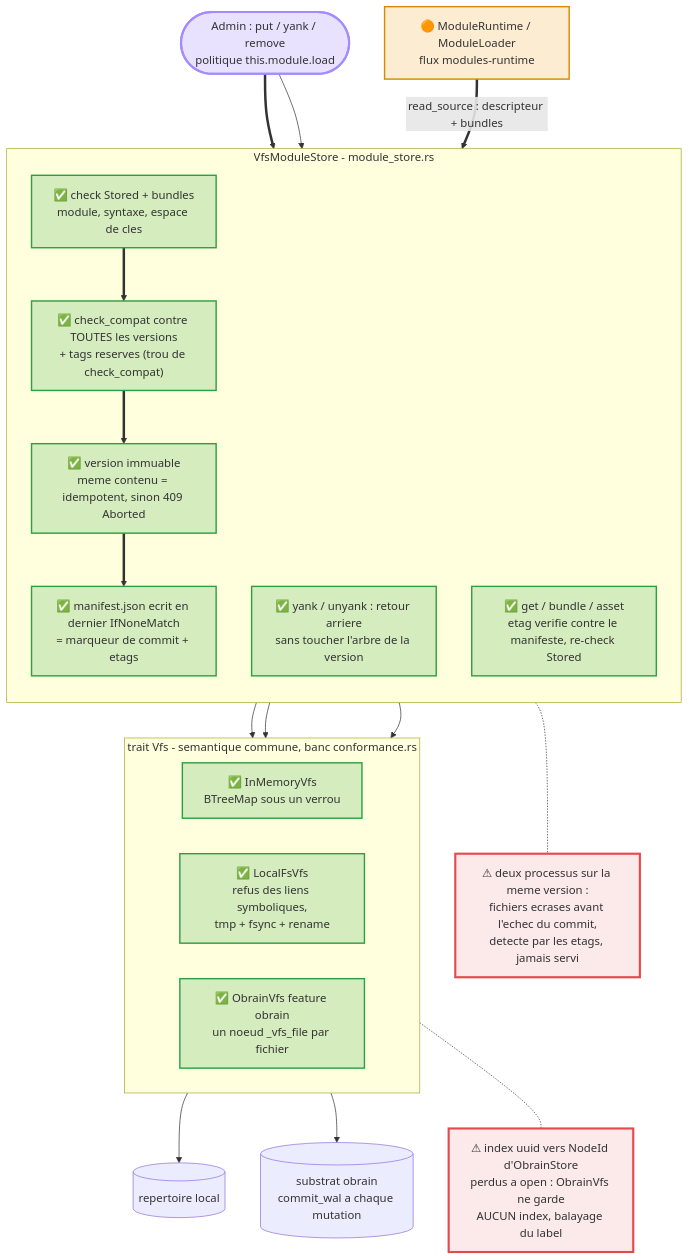
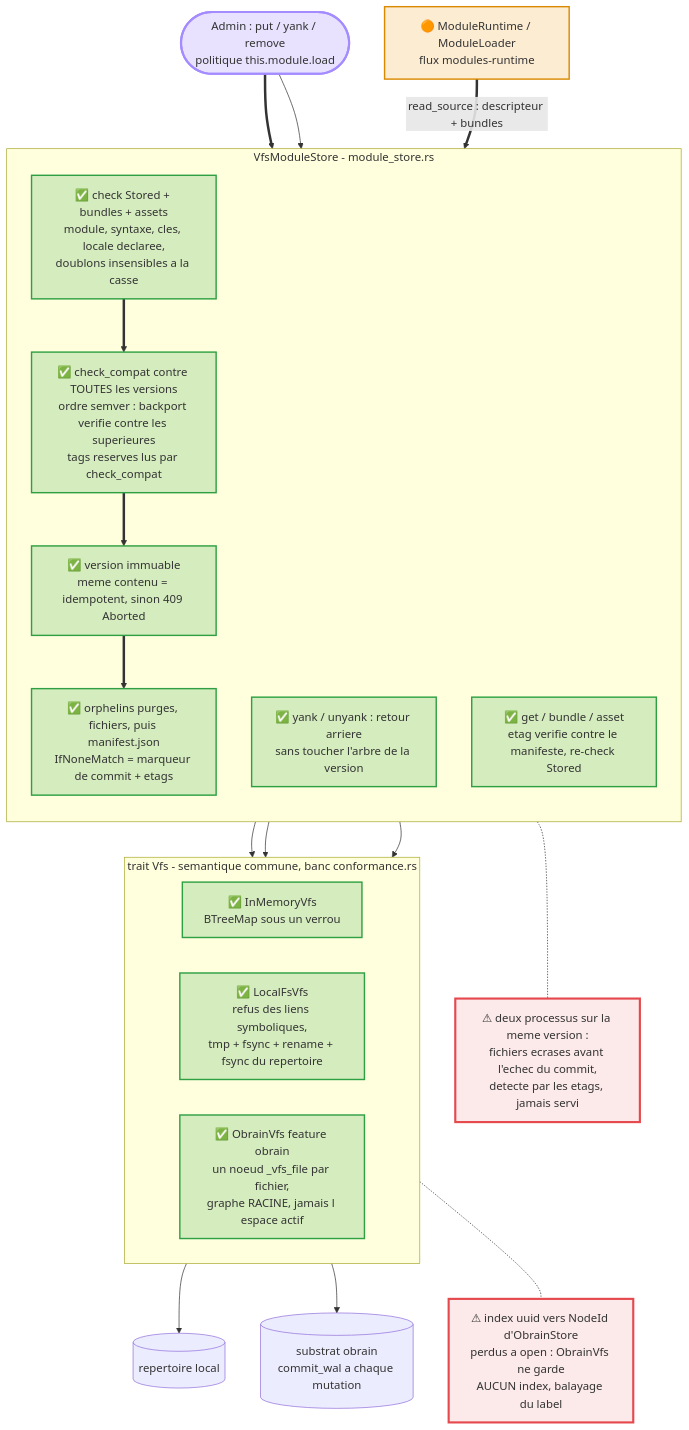
One commit to this-rs/this changed the diagram in docs/atlas/module-descriptor/stockage-vfs.mmd. Above: the diagram before and after it, drawn with Mermaid. The commit also changed 5 other files, not shown here.

```diff
--- a/docs/atlas/module-descriptor/stockage-vfs.mmd
+++ b/docs/atlas/module-descriptor/stockage-vfs.mmd
@@ -1,49 +1,51 @@
 flowchart TB
 %% name: module-descriptor-vfs-storage
 %% PROUVE : banc vfs_conformance_* (memoire, fs), obrain_vfs_conformance (--features obrain), fs_vfs_sandboxed,
-%%   obrain_vfs_survives_reopen_without_rebuild, module_store_* (put/get/bundles/immuable/yank/remove/assets), read_source_loads_stored_module.
+%%   obrain_vfs_survives_reopen_without_rebuild, obrain_vfs_ignores_the_active_space (rouge avant correctif, mesure),
+%%   module_store_* (put/get/bundles/immuable/yank/remove/assets/backport/locales/orphelins/alteration fs), read_source_loads_stored_module,
+%%   compat::tests::reserved_tag_of_prev_cannot_be_taken_by_next (this-descriptor).
 %% SOURCES LUES : src/storage/vfs/{mod,memory,fs,obrain,module_store,conformance}.rs, src/storage/obrain.rs,
 %%   src/server/module_runtime/loader.rs, crates/this-descriptor/src/{check,compat,module,i18n}.rs.
 %% NON ETABLI : ecritures concurrentes entre PROCESSUS (verrou en processus seulement) ; ModuleRuntime branche sur read_source (flux modules-runtime).
     ADM(["Admin : put / yank / remove<br/>politique this.module.load"]):::entry
     RT["🟠 ModuleRuntime / ModuleLoader<br/>flux modules-runtime"]:::todo
 
     subgraph MS["VfsModuleStore - module_store.rs"]
         direction TB
-        CHK["✅ check Stored + bundles<br/>module, syntaxe, espace de cles"]:::ok
-        CMP["✅ check_compat contre TOUTES les versions<br/>+ tags reserves (trou de check_compat)"]:::ok
+        CHK["✅ check Stored + bundles + assets<br/>module, syntaxe, cles, locale declaree,<br/>doublons insensibles a la casse"]:::ok
+        CMP["✅ check_compat contre TOUTES les versions<br/>ordre semver : backport verifie contre les superieures<br/>tags reserves lus par check_compat"]:::ok
         IMM["✅ version immuable<br/>meme contenu = idempotent, sinon 409 Aborted"]:::ok
-        MAN["✅ manifest.json ecrit en dernier IfNoneMatch<br/>= marqueur de commit + etags"]:::ok
+        MAN["✅ orphelins purges, fichiers, puis manifest.json<br/>IfNoneMatch = marqueur de commit + etags"]:::ok
         YNK["✅ yank / unyank : retour arriere<br/>sans toucher l'arbre de la version"]:::ok
         RD["✅ get / bundle / asset<br/>etag verifie contre le manifeste, re-check Stored"]:::ok
     end
 
     subgraph V["trait Vfs - semantique commune, banc conformance.rs"]
         direction LR
         MEM["✅ InMemoryVfs<br/>BTreeMap sous un verrou"]:::ok
-        FS["✅ LocalFsVfs<br/>refus des liens symboliques,<br/>tmp + fsync + rename"]:::ok
-        OB["✅ ObrainVfs feature obrain<br/>un noeud _vfs_file par fichier"]:::ok
+        FS["✅ LocalFsVfs<br/>refus des liens symboliques,<br/>tmp + fsync + rename + fsync du repertoire"]:::ok
+        OB["✅ ObrainVfs feature obrain<br/>un noeud _vfs_file par fichier,<br/>graphe RACINE, jamais l espace actif"]:::ok
     end
 
     TRAP["⚠ index uuid vers NodeId d'ObrainStore<br/>perdus a open : ObrainVfs ne garde<br/>AUCUN index, balayage du label"]:::trap
     RACE["⚠ deux processus sur la meme version :<br/>fichiers ecrases avant l'echec du commit,<br/>detecte par les etags, jamais servi"]:::trap
     DB@{ shape: cyl, label: "substrat obrain<br/>commit_wal a chaque mutation" }
     DISK@{ shape: cyl, label: "repertoire local" }
 
     ADM ==> CHK ==> CMP ==> IMM ==> MAN
     ADM --> YNK
     RT ==>|"read_source : descripteur + bundles"| RD
     MAN --> V
     RD --> V
     YNK --> V
     FS --> DISK
     OB --> DB
     OB -.- TRAP
     MAN -.- RACE
 
     classDef ok       fill:#2ea04333,stroke:#2ea043,stroke-width:2px
     classDef todo     fill:#f0a02033,stroke:#d98a00,stroke-width:2px
     classDef refused  fill:#e5484d33,stroke:#e5484d,stroke-width:2px,stroke-dasharray:6 3
     classDef upstream fill:#8b8fa322,stroke:#8b8fa3,stroke-dasharray:3 3
     classDef trap     fill:#e5484d1f,stroke:#e5484d,stroke-width:3px
     classDef entry    fill:#a48bff40,stroke:#a48bff,stroke-width:3px
```
